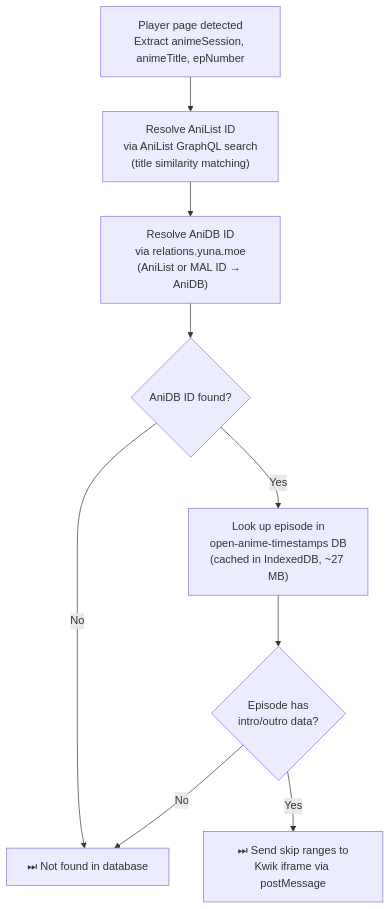
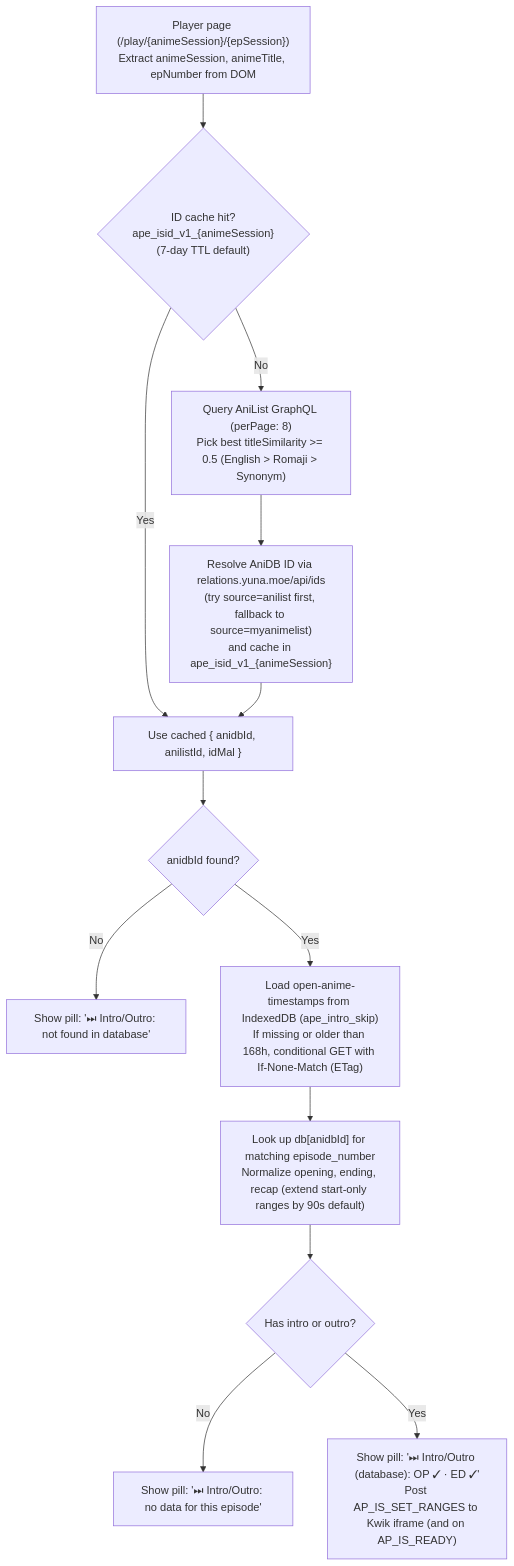
The fourth of 5 diagrams in docs/FEATURES.md (abdullahkhfb/animepahe-enhancer), drawn with Mermaid before and after one commit. The commit also changed other lines of this file and 41 other files, not shown here.

````diff
--- a/docs/FEATURES.md
+++ b/docs/FEATURES.md
@@ -88,11 +238,24 @@
 ```mermaid
 flowchart TD
-    A["Player page detected\nExtract animeSession, animeTitle, epNumber"] --> B["Resolve AniList ID\nvia AniList GraphQL search\n(title similarity matching)"]
-    B --> C["Resolve AniDB ID\nvia relations.yuna.moe\n(AniList or MAL ID → AniDB)"]
-    C --> D{AniDB ID found?}
-    D -->|No| G["⏭ Not found in database"]
-    D -->|Yes| E["Look up episode in\nopen-anime-timestamps DB\n(cached in IndexedDB, ~27 MB)"]
-    E --> I{Episode has\nintro/outro data?}
-    I -->|Yes| J["⏭ Send skip ranges to\nKwik iframe via postMessage"]
-    I -->|No| G
+    A["Player page (/play/{animeSession}/{epSession})
+Extract animeSession, animeTitle, epNumber from DOM"] --> B{"ID cache hit?
+ape_isid_v1_{animeSession}
+(7-day TTL default)"}
+    B -->|Yes| E["Use cached { anidbId, anilistId, idMal }"]
+    B -->|No| C["Query AniList GraphQL (perPage: 8)
+Pick best titleSimilarity >= 0.5 (English > Romaji > Synonym)"]
+    C --> D["Resolve AniDB ID via relations.yuna.moe/api/ids
+(try source=anilist first, fallback to source=myanimelist)
+and cache in ape_isid_v1_{animeSession}"]
+    D --> E
+    E --> F{"anidbId found?"}
+    F -->|No| G["Show pill: '⏭ Intro/Outro: not found in database'"]
+    F -->|Yes| H["Load open-anime-timestamps from IndexedDB (ape_intro_skip)
+If missing or older than 168h, conditional GET with If-None-Match (ETag)"]
+    H --> I["Look up db[anidbId] for matching episode_number
+Normalize opening, ending, recap (extend start-only ranges by 90s default)"]
+    I --> J{"Has intro or outro?"}
+    J -->|No| K["Show pill: '⏭ Intro/Outro: no data for this episode'"]
+    J -->|Yes| L["Show pill: '⏭ Intro/Outro (database): OP ✓ · ED ✓'
+Post AP_IS_SET_RANGES to Kwik iframe (and on AP_IS_READY)"]
 ```
````
